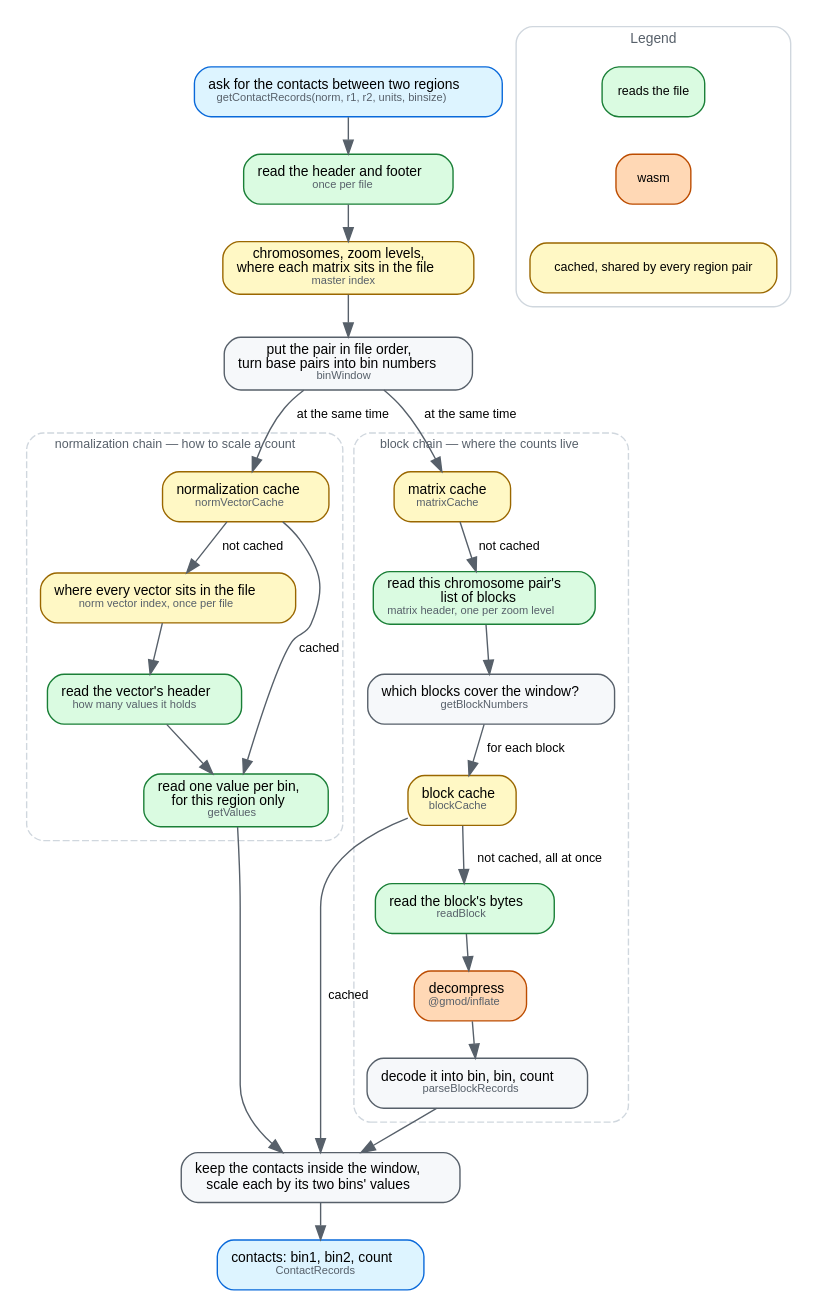
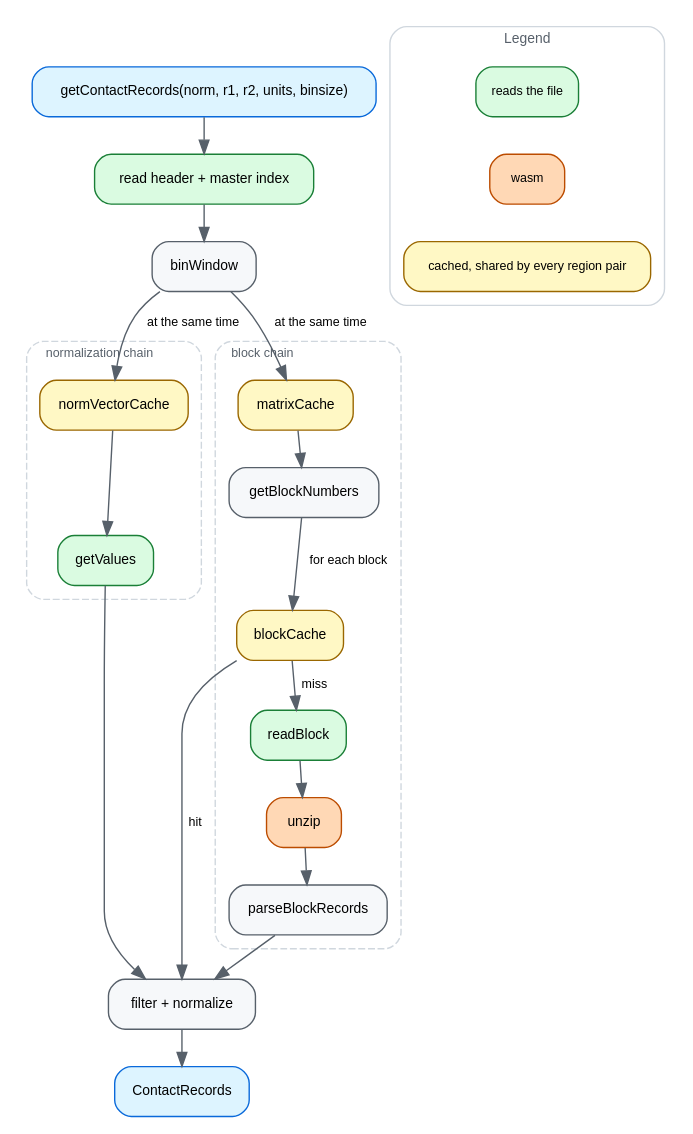
Before and after one commit to GMOD/hic: the diagram in docs/img/dataflow.dot, drawn with Graphviz. The commit also changed 1 other file, not shown here.

Commit message:
docs: drop two-line subtext labels from the dataflow diagram
Every node now names just the cache or function doing the work, matching
the plain single-line style bam-js/tabix-js/cram-js already use. Also
collapses several detail nodes (init+meta, the norm-vector index/header/
values steps, the matrix-header/block-lookup steps) so the diagram reads
as the two-chain pattern rather than every intermediate step.

```diff
--- a/docs/img/dataflow.dot
+++ b/docs/img/dataflow.dot
@@ -1,125 +1,93 @@
 // Source for docs/img/dataflow.svg, which docs/dataflow.md embeds.
 // Regenerate with: dot -Tsvg docs/img/dataflow.dot -o docs/img/dataflow.svg
 //
 // Deliberately the MAIN PATH only — the pre-v9 walk for the norm vector index,
 // the per-vector value cache and the block encodings are described in
 // dataflow.md instead. A diagram that shows every branch stops being the thing
-// you look at first.
+// you look at first. Each node names the cache or function doing the work;
+// dataflow.md defines the `.hic` vocabulary — matrix, block, vector — above
+// the diagram.
 //
-// Every label says what the step DOES first and names the code second, in the
-// small grey line under it. The audience arriving at a dataflow picture is
-// usually meeting `.hic` vocabulary for the first time — matrix, block, vector —
-// and a spine of bare function names asks them to know the code before the
-// picture can teach them anything. dataflow.md defines those three words just
-// above the diagram.
-//
-// SYNC: ~/src/gmod/bam-js/docs/img/dataflow.dot — same palette and spine;
-// ~/src/gmod/tabix-js and ~/src/gmod/cram-js share them too. Three deliberate
-// divergences: the two-line labels above (the siblings label with the function
-// name alone), and one legend entry missing rather than restyled: no purple,
-// since there is no worker pool. The clusters are what hic adds — cram
-// also uses one, but for what moves to a worker; here they are the two chains a
-// pair runs concurrently, which is the shape of the read path.
+// SYNC: ~/src/gmod/bam-js/docs/img/dataflow.dot — same palette, legend and
+// spine; ~/src/gmod/tabix-js and ~/src/gmod/cram-js share them too. hic's own
+// addition is the two clusters: the normalization chain and the block chain,
+// the two a region pair walks concurrently.
 digraph hicjs {
   rankdir=TB
   newrank=true
   bgcolor="white"
   nodesep=0.3
   ranksep=0.36
   node [shape=box style="filled,rounded" fillcolor="#f6f8fa" color="#57606a"
         fontname="Helvetica" fontsize=10 margin="0.14,0.07"]
   edge [color="#57606a" fontname="Helvetica" fontsize=9]
 
-  query [label=<ask for the contacts between two regions<br/><font point-size="8" color="#57606a">getContactRecords(norm, r1, r2, units, binsize)</font>>
-         fillcolor="#ddf4ff" color="#0969da"]
-  init  [label=<read the header and footer<br/><font point-size="8" color="#57606a">once per file</font>>
-         fillcolor="#dafbe1" color="#1a7f37"]
-  meta  [label=<chromosomes, zoom levels,<br/>where each matrix sits in the file<br/><font point-size="8" color="#57606a">master index</font>>
-         fillcolor="#fff8c5" color="#9a6700"]
-  win   [label=<put the pair in file order,<br/>turn base pairs into bin numbers<br/><font point-size="8" color="#57606a">binWindow</font>>]
+  query [label="getContactRecords(norm, r1, r2, units, binsize)" fillcolor="#ddf4ff" color="#0969da"]
+  init  [label="read header + master index" fillcolor="#dafbe1" color="#1a7f37"]
+  win   [label="binWindow"]
 
   subgraph cluster_norm {
-    label="normalization chain — how to scale a count"
+    label="normalization chain"
     labeljust="l"
     fontname="Helvetica" fontsize=9 fontcolor="#57606a" color="#d0d7de"
     style="rounded,dashed"
     margin=10
 
-    nvcache [label=<normalization cache<br/><font point-size="8" color="#57606a">normVectorCache</font>>
-             fillcolor="#fff8c5" color="#9a6700"]
-    nvidx   [label=<where every vector sits in the file<br/><font point-size="8" color="#57606a">norm vector index, once per file</font>>
-             fillcolor="#fff8c5" color="#9a6700"]
-    nvhdr   [label=<read the vector's header<br/><font point-size="8" color="#57606a">how many values it holds</font>>
-             fillcolor="#dafbe1" color="#1a7f37"]
-    nvvals  [label=<read one value per bin,<br/>for this region only<br/><font point-size="8" color="#57606a">getValues</font>>
-             fillcolor="#dafbe1" color="#1a7f37"]
+    nvcache [label="normVectorCache" fillcolor="#fff8c5" color="#9a6700"]
+    nvvals  [label="getValues" fillcolor="#dafbe1" color="#1a7f37"]
   }
 
   subgraph cluster_blocks {
-    label="block chain — where the counts live"
+    label="block chain"
     labeljust="l"
     fontname="Helvetica" fontsize=9 fontcolor="#57606a" color="#d0d7de"
     style="rounded,dashed"
     margin=10
 
-    matcache [label=<matrix cache<br/><font point-size="8" color="#57606a">matrixCache</font>>
-              fillcolor="#fff8c5" color="#9a6700"]
-    mathdr   [label=<read this chromosome pair's<br/>list of blocks<br/><font point-size="8" color="#57606a">matrix header, one per zoom level</font>>
-              fillcolor="#dafbe1" color="#1a7f37"]
-    blknums  [label=<which blocks cover the window?<br/><font point-size="8" color="#57606a">getBlockNumbers</font>>]
-    blkcache [label=<block cache<br/><font point-size="8" color="#57606a">blockCache</font>>
-              fillcolor="#fff8c5" color="#9a6700"]
-    readblk  [label=<read the block's bytes<br/><font point-size="8" color="#57606a">readBlock</font>>
-              fillcolor="#dafbe1" color="#1a7f37"]
-    unzip    [label=<decompress<br/><font point-size="8" color="#57606a">@gmod/inflate</font>>
-              fillcolor="#ffd8b5" color="#bc4c00"]
-    parse    [label=<decode it into bin, bin, count<br/><font point-size="8" color="#57606a">parseBlockRecords</font>>]
+    matcache [label="matrixCache" fillcolor="#fff8c5" color="#9a6700"]
+    blknums  [label="getBlockNumbers"]
+    blkcache [label="blockCache" fillcolor="#fff8c5" color="#9a6700"]
+    readblk  [label="readBlock" fillcolor="#dafbe1" color="#1a7f37"]
+    unzip    [label="unzip" fillcolor="#ffd8b5" color="#bc4c00"]
+    parse    [label="parseBlockRecords"]
   }
 
-  filter [label=<keep the contacts inside the window,<br/>scale each by its two bins' values>]
-  out    [label=<contacts: bin1, bin2, count<br/><font point-size="8" color="#57606a">ContactRecords</font>>
-          fillcolor="#ddf4ff" color="#0969da"]
+  filter [label="filter + normalize"]
+  out    [label="ContactRecords" fillcolor="#ddf4ff" color="#0969da"]
 
   query -> init
-  init  -> meta
-  meta  -> win
+  init  -> win
 
   win -> nvcache  [label=" at the same time "]
   win -> matcache [label=" at the same time "]
   { rank=same; nvcache; matcache }
 
-  nvcache -> nvidx [label=" not cached "]
-  nvidx   -> nvhdr
-  nvhdr   -> nvvals
+  nvcache -> nvvals
   nvvals  -> filter
-  // A hit returns the vector, not its values, so it still asks for the slice
-  // this region needs — the vector's own ±1000-value cache usually answers.
-  nvcache -> nvvals [label=" cached "]
 
-  matcache -> mathdr [label=" not cached "]
-  mathdr   -> blknums
+  matcache -> blknums
   blknums  -> blkcache [label=" for each block "]
-  blkcache -> readblk [label=" not cached, all at once "]
+  blkcache -> readblk [label=" miss "]
+  blkcache -> filter  [label=" hit "]
   readblk  -> unzip
   unzip    -> parse
   parse    -> filter
-  blkcache -> filter [label=" cached "]
 
   filter -> out
 
   subgraph cluster_legend {
     label="Legend"
     labelloc="t"
     fontname="Helvetica"
     fontsize=10
     fontcolor="#57606a"
     color="#d0d7de"
     style="rounded"
     margin=10
     node [shape=box style="filled,rounded" fontsize=9 margin="0.1,0.04"]
     l1 [label="reads the file" fillcolor="#dafbe1" color="#1a7f37"]
     l2 [label="wasm" fillcolor="#ffd8b5" color="#bc4c00"]
     l3 [label="cached, shared by every region pair" fillcolor="#fff8c5" color="#9a6700"]
     l1 -> l2 -> l3 [style=invis]
   }
 }
```
